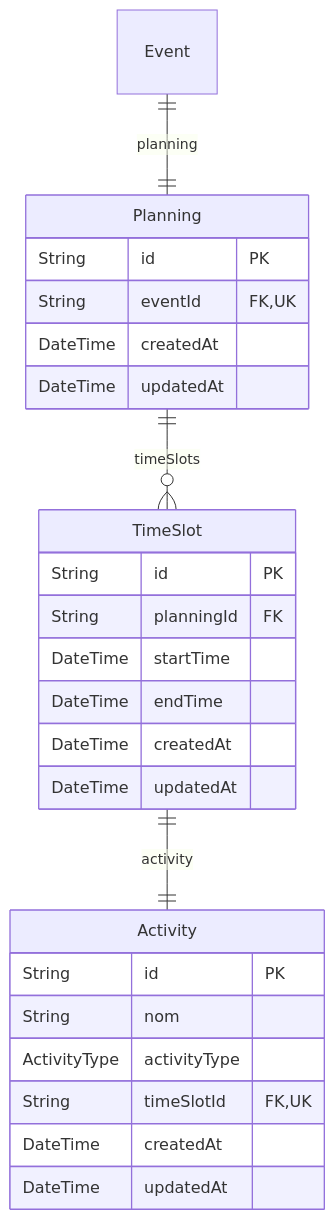
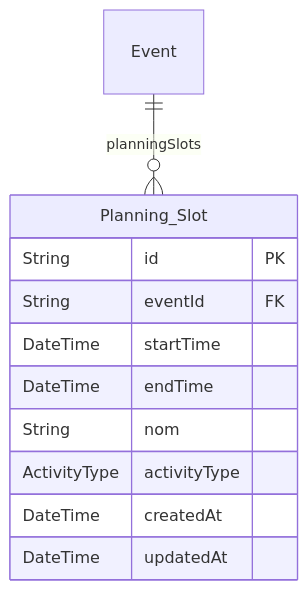
The fifth of 12 diagrams in frontend/docs/database.md (Manta-Epitech-Academy/jump), drawn with Mermaid before and after one commit. The commit also changed other lines of this file and 1 other file, not shown here.

````diff
--- a/frontend/docs/database.md
+++ b/frontend/docs/database.md
@@ -465,30 +565,16 @@
 ```mermaid
 erDiagram
-  Planning {
+  Planning_Slot {
     String id PK
-    String eventId FK,UK
-    DateTime createdAt
-    DateTime updatedAt
-  }
-  TimeSlot {
-    String id PK
-    String planningId FK
+    String eventId FK
     DateTime startTime
     DateTime endTime
-    DateTime createdAt
-    DateTime updatedAt
-  }
-  Activity {
-    String id PK
     String nom
     ActivityType activityType
-    String timeSlotId FK,UK
     DateTime createdAt
     DateTime updatedAt
   }
   Event {
   }
-  Event ||--|| Planning : "planning"
-  Planning ||--o{ TimeSlot : "timeSlots"
-  TimeSlot ||--|| Activity : "activity"
+  Event ||--o{ Planning_Slot : "planningSlots"
 ```
````
